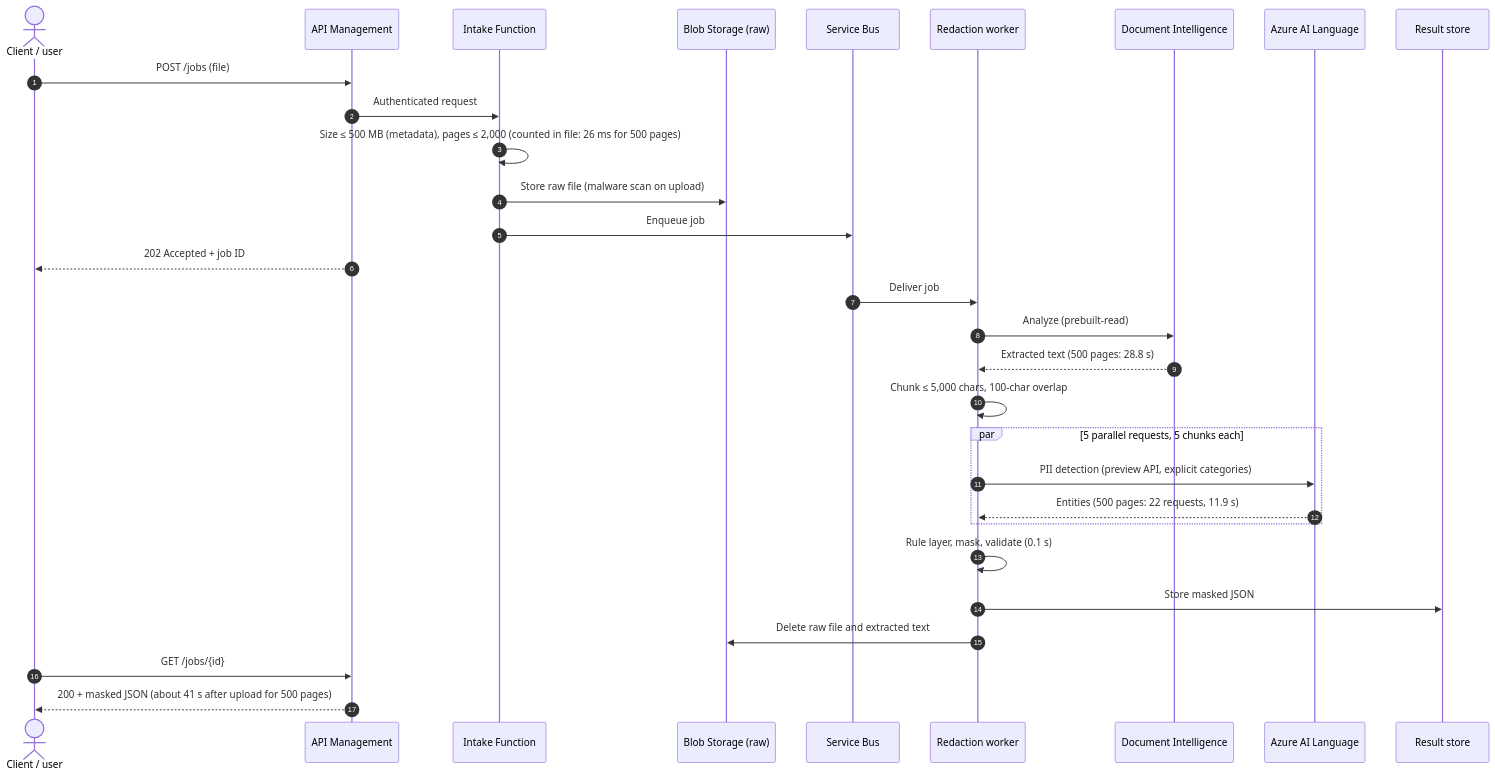
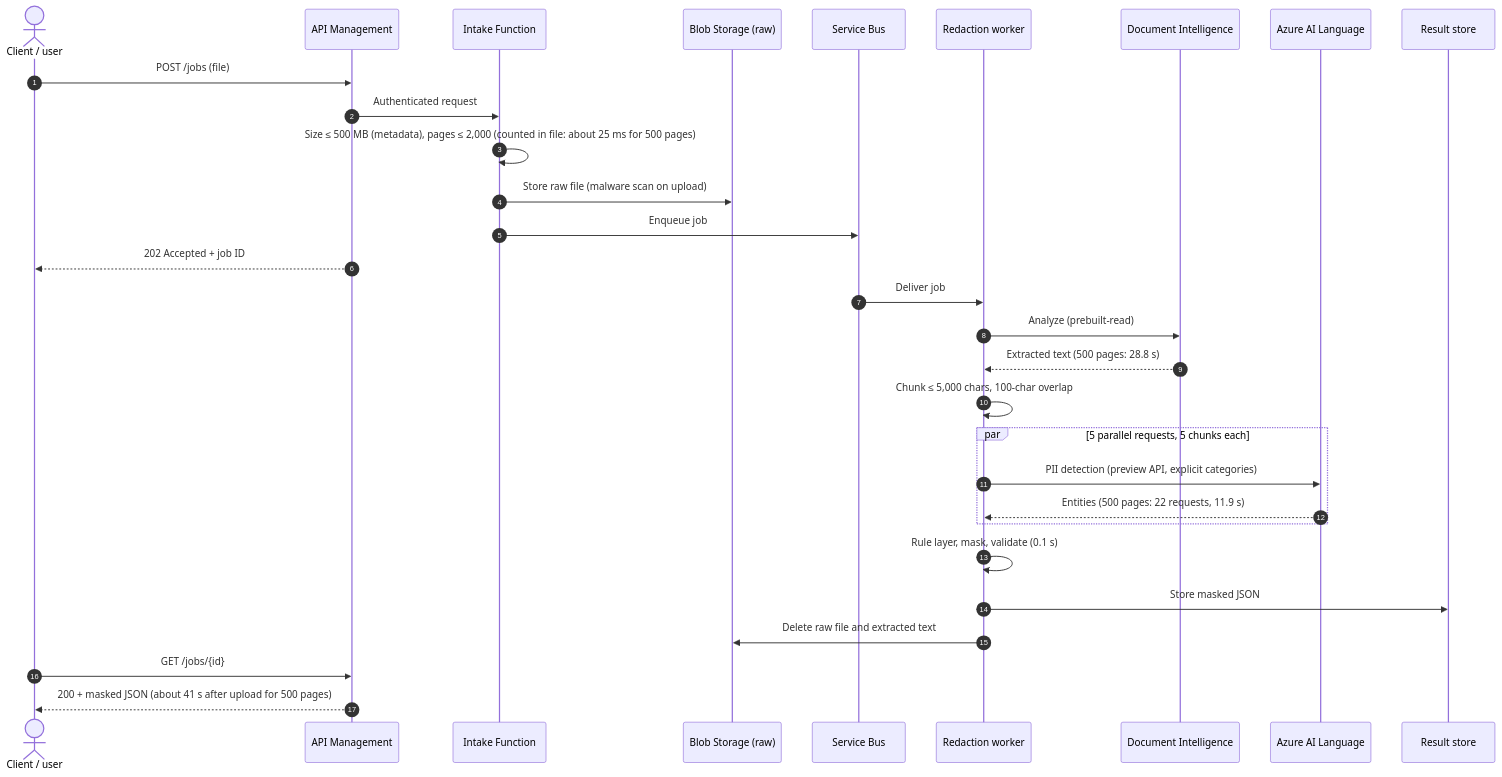
The diagram in docs/architecture.md (kkadapa/pci-pii-document-redaction), drawn with Mermaid before and after one commit. The commit also changed other lines of this file and 4 other files, not shown here.

````diff
--- a/docs/architecture.md
+++ b/docs/architecture.md
@@ -27,33 +27,33 @@
 ```mermaid
 sequenceDiagram
     autonumber
     actor U as Client / user
     participant A as API Management
     participant I as Intake Function
     participant B as Blob Storage (raw)
     participant Q as Service Bus
     participant W as Redaction worker
     participant D as Document Intelligence
     participant L as Azure AI Language
     participant R as Result store
 
     U->>A: POST /jobs (file)
     A->>I: Authenticated request
-    I->>I: Size ≤ 500 MB (metadata), pages ≤ 2,000 (counted in file: 26 ms for 500 pages)
+    I->>I: Size ≤ 500 MB (metadata), pages ≤ 2,000 (counted in file: about 25 ms for 500 pages)
     I->>B: Store raw file (malware scan on upload)
     I->>Q: Enqueue job
     A-->>U: 202 Accepted + job ID
     Q->>W: Deliver job
     W->>D: Analyze (prebuilt-read)
     D-->>W: Extracted text (500 pages: 28.8 s)
     W->>W: Chunk ≤ 5,000 chars, 100-char overlap
     par 5 parallel requests, 5 chunks each
         W->>L: PII detection (preview API, explicit categories)
         L-->>W: Entities (500 pages: 22 requests, 11.9 s)
     end
     W->>W: Rule layer, mask, validate (0.1 s)
     W->>R: Store masked JSON
     W->>B: Delete raw file and extracted text
     U->>A: GET /jobs/{id}
     A-->>U: 200 + masked JSON (about 41 s after upload for 500 pages)
 ```
````
